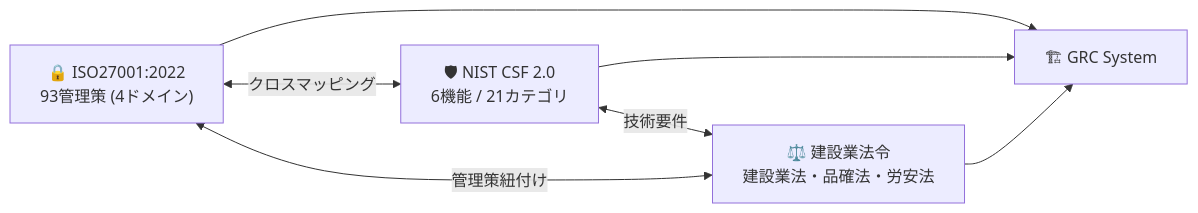
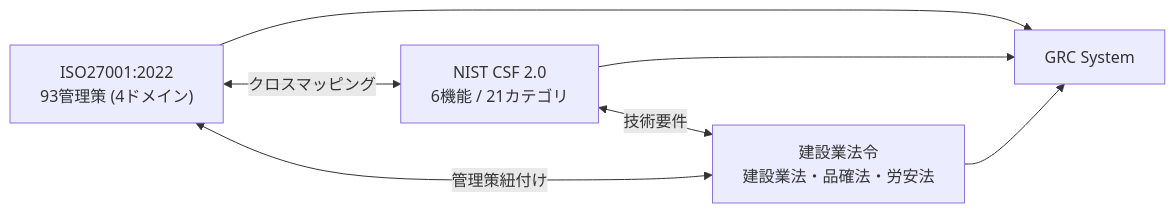
Before and after one commit to Kensan196948G/Construction-GRC-System: the second of 3 diagrams in README.md, drawn with Mermaid. The commit also changed other lines of this file and 12 other files, not shown here.

````diff
--- a/README.md
+++ b/README.md
@@ -90,15 +110,15 @@
 ```mermaid
 graph LR
-    ISO["🔒 ISO27001:2022<br/>93管理策 (4ドメイン)"]
-    NIST["🛡 NIST CSF 2.0<br/>6機能 / 21カテゴリ"]
-    LAW["⚖️ 建設業法令<br/>建設業法・品確法・労安法"]
+    ISO["ISO27001:2022<br/>93管理策 (4ドメイン)"]
+    NIST["NIST CSF 2.0<br/>6機能 / 21カテゴリ"]
+    LAW["建設業法令<br/>建設業法・品確法・労安法"]
 
     ISO <-->|クロスマッピング| NIST
     NIST <-->|技術要件| LAW
     LAW <-->|管理策紐付け| ISO
 
-    GRC["🏗 GRC System"]
+    GRC["GRC System"]
     ISO --> GRC
     NIST --> GRC
     LAW --> GRC
 ```
````
